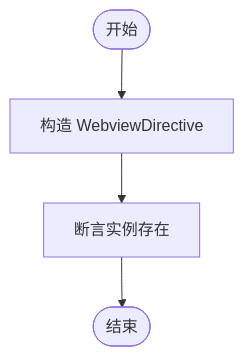
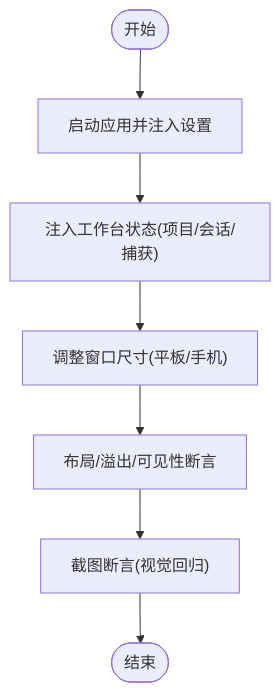
The fourth of 5 diagrams in .qoder/repowiki/zh/content/测试策略/测试策略.md (haolange/RDC-Agent), drawn with Mermaid before and after one commit. The commit also changed other lines of this file and 84 other files, not shown here.

````diff
--- a/.qoder/repowiki/zh/content/测试策略/测试策略.md
+++ b/.qoder/repowiki/zh/content/测试策略/测试策略.md
@@ -199,6 +212,9 @@
 ```mermaid
 flowchart TD
-Start(["开始"]) --> New["构造 WebviewDirective"]
-New --> Assert["断言实例存在"]
-Assert --> End(["结束"])
+Start(["开始"]) --> Launch["启动应用并注入设置"]
+Launch --> Seed["注入工作台状态(项目/会话/捕获)"]
+Seed --> Resize["调整窗口尺寸(平板/手机)"]
+Resize --> Asserts["布局/溢出/可见性断言"]
+Asserts --> Screenshot["截图断言(视觉回归)"]
+Screenshot --> End(["结束"])
 ```
````
